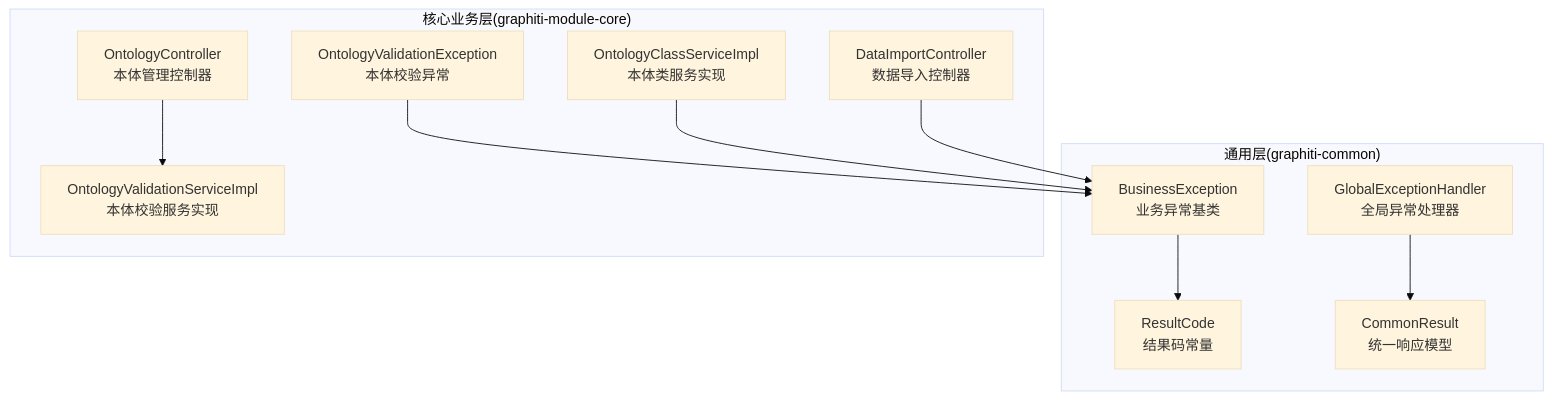
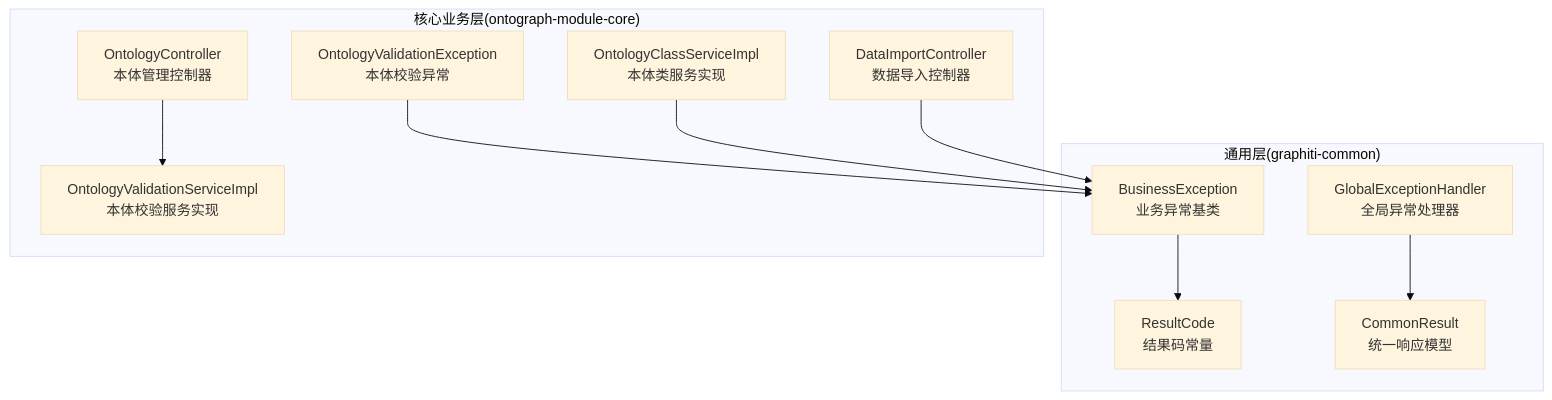
The first of 4 diagrams in docs/manual/核心模块/框架模块 (graphiti-framework)/异常处理机制.md (joezxh/graphiti-java), drawn with Mermaid (base theme) before and after one commit. The commit also changed other lines of this file and 200 other files, not shown here.

````diff
--- a/docs/manual/核心模块/框架模块 (graphiti-framework)/异常处理机制.md
+++ b/docs/manual/核心模块/框架模块 (graphiti-framework)/异常处理机制.md
@@ -42,22 +42,22 @@
 ```mermaid
 graph TB
 subgraph "通用层(graphiti-common)"
 GEH["GlobalExceptionHandler<br/>全局异常处理器"]
 BE["BusinessException<br/>业务异常基类"]
 RC["ResultCode<br/>结果码常量"]
 CR["CommonResult<br/>统一响应模型"]
 end
-subgraph "核心业务层(graphiti-module-core)"
+subgraph "核心业务层(ontograph-module-core)"
 OVE["OntologyValidationException<br/>本体校验异常"]
 OC["OntologyController<br/>本体管理控制器"]
 OCS["OntologyClassServiceImpl<br/>本体类服务实现"]
 OVS["OntologyValidationServiceImpl<br/>本体校验服务实现"]
 DIC["DataImportController<br/>数据导入控制器"]
 end
 GEH --> CR
 BE --> RC
 OVE --> BE
 OC --> OVS
 OCS --> BE
 DIC --> BE
 ```
````
